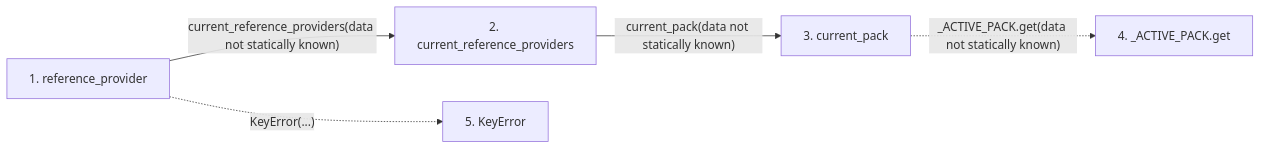
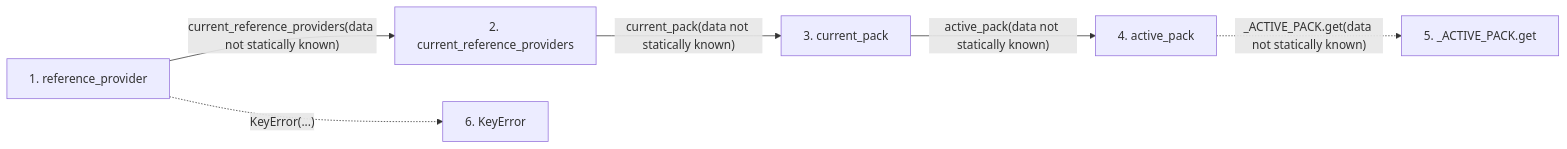
One commit to Denissvgn/python-wiki-llm changed the second of 2 diagrams in docs/llm_wiki/flows/api-reference_provider.md. Above: the diagram before and after it, drawn with Mermaid. The commit also changed other lines of this file and 719 other files, not shown here.

````diff
--- a/docs/llm_wiki/flows/api-reference_provider.md
+++ b/docs/llm_wiki/flows/api-reference_provider.md
@@ -42,15 +44,18 @@
 ```mermaid
 flowchart LR
     s1["1. reference_provider"]
     s2["2. current_reference_providers"]
     s3["3. current_pack"]
-    s4["4. _ACTIVE_PACK.get"]
-    s5["5. KeyError"]
+    s4["4. active_pack"]
+    s5["5. _ACTIVE_PACK.get"]
+    s6["6. KeyError"]
     s1 -->|"current_reference_providers(data not statically known)"| s2
     s2 -->|"current_pack(data not statically known)"| s3
-    s3 -. "_ACTIVE_PACK.get(data not statically known)" .-> s4
-    s1 -. "KeyError(...)" .-> s5
+    s3 -->|"active_pack(data not statically known)"| s4
+    s4 -. "_ACTIVE_PACK.get(data not statically known)" .-> s5
+    s1 -. "KeyError(...)" .-> s6
     click s1 "../modules/reference_providers.md"
     click s2 "../modules/reference_providers.md"
     click s3 "../modules/domain_pack.md"
+    click s4 "../modules/pack_interfaces.md"
 ```
````
